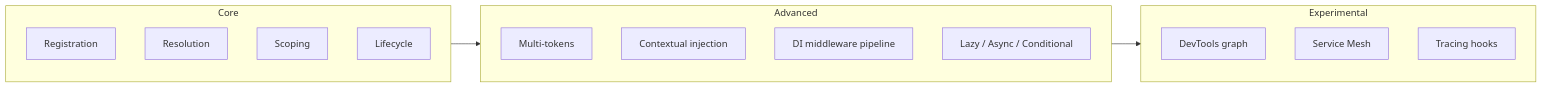
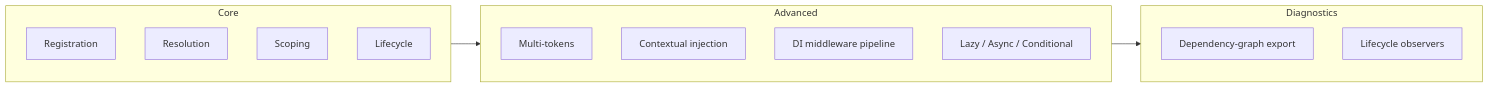
One commit to omnitron-dev/website changed the diagram in docs/titan/di/overview.md. Above: the diagram before and after it, drawn with Mermaid. The commit also changed other lines of this file and 61 other files, not shown here.

````diff
--- a/docs/titan/di/overview.md
+++ b/docs/titan/di/overview.md
@@ -49,22 +49,21 @@
 ```mermaid
 flowchart LR
   subgraph Core
     Reg[Registration]
     Res[Resolution]
     Sc[Scoping]
     Lc[Lifecycle]
   end
   subgraph Advanced
     Mt[Multi-tokens]
     Cx[Contextual injection]
     Mw[DI middleware pipeline]
     Ld[Lazy / Async / Conditional]
   end
-  subgraph Experimental
-    Dt[DevTools graph]
-    Ms[Service Mesh]
-    Tr[Tracing hooks]
+  subgraph Diagnostics
+    Dt[Dependency-graph export]
+    Lc2[Lifecycle observers]
   end
   Core --> Advanced
-  Advanced --> Experimental
+  Advanced --> Diagnostics
 ```
````
